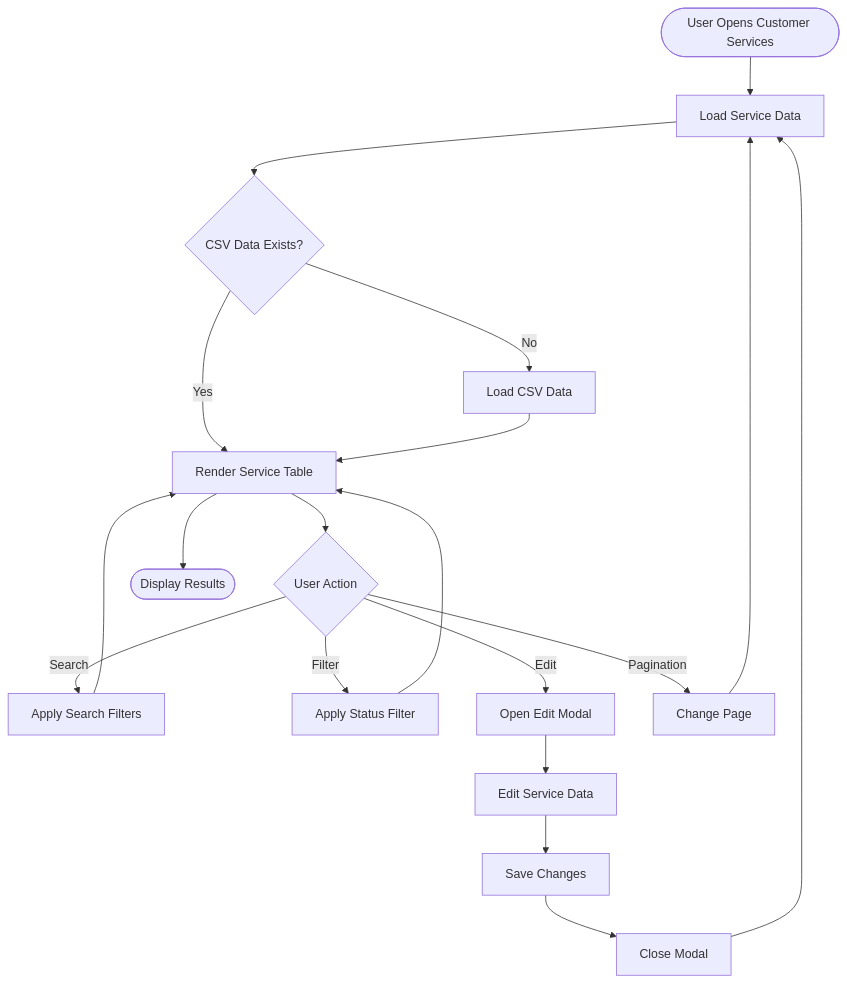
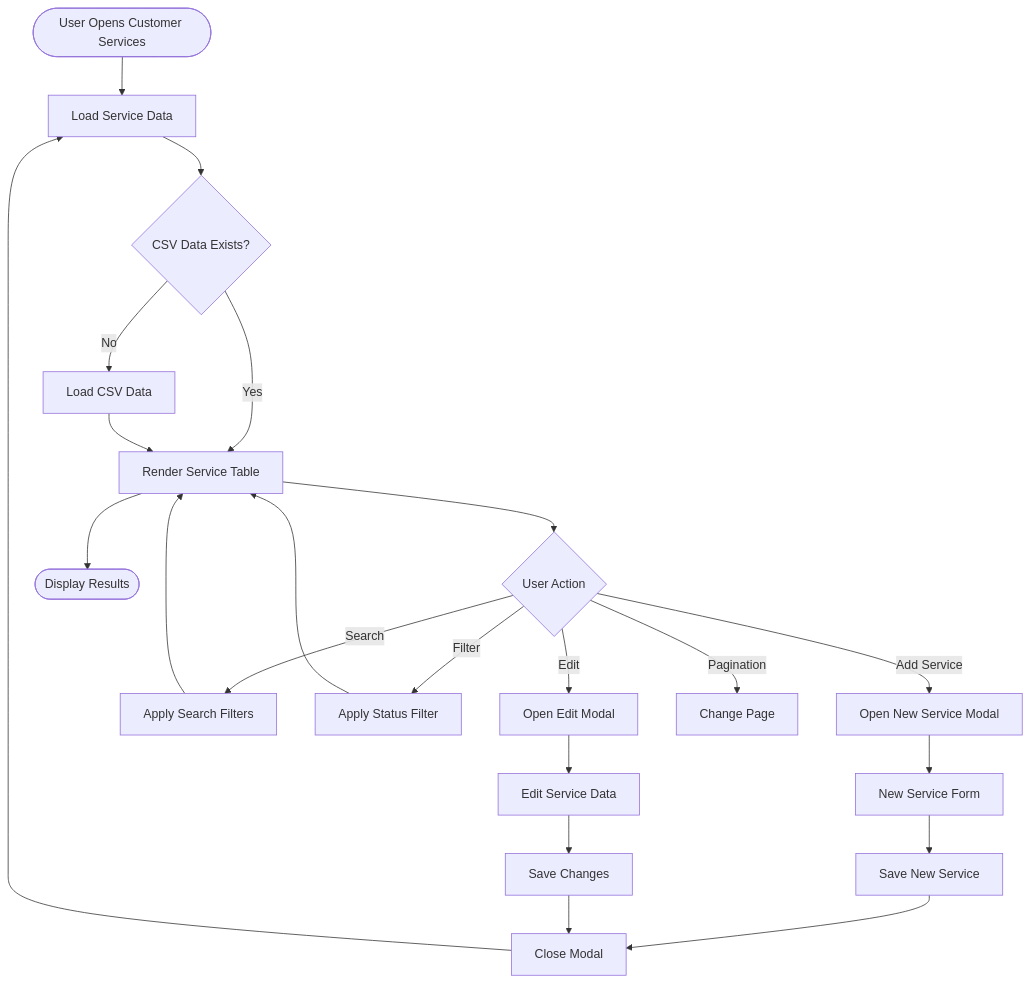
The fifth of 7 diagrams in .qoder/repowiki/en/content/Customer Services Enhancement.md (Nikita5543/New-SSO-02), drawn with Mermaid before and after one commit. The commit also changed other lines of this file and 3 other files, not shown here.

````diff
--- a/.qoder/repowiki/en/content/Customer Services Enhancement.md
+++ b/.qoder/repowiki/en/content/Customer Services Enhancement.md
@@ -295,21 +321,24 @@
 ```mermaid
 flowchart TD
 Start([User Opens Customer Services]) --> LoadData[Load Service Data]
 LoadData --> CheckCSV{CSV Data Exists?}
 CheckCSV --> |No| LoadCSV[Load CSV Data]
 CheckCSV --> |Yes| RenderTable[Render Service Table]
 LoadCSV --> RenderTable
 RenderTable --> UserAction{User Action}
+UserAction --> |Add Service| OpenNewModal[Open New Service Modal]
 UserAction --> |Search| ApplyFilters[Apply Search Filters]
 UserAction --> |Filter| ApplyStatus[Apply Status Filter]
-UserAction --> |Edit| OpenModal[Open Edit Modal]
+UserAction --> |Edit| OpenEditModal[Open Edit Modal]
 UserAction --> |Pagination| ChangePage[Change Page]
+OpenNewModal --> NewServiceForm[New Service Form]
+OpenEditModal --> EditService[Edit Service Data]
 ApplyFilters --> RenderTable
 ApplyStatus --> RenderTable
-OpenModal --> EditService[Edit Service Data]
-ChangePage --> LoadData
+NewServiceForm --> SaveNewService[Save New Service]
 EditService --> SaveChanges[Save Changes]
-SaveChanges --> CloseModal[Close Modal]
+SaveNewService --> CloseModal[Close Modal]
+SaveChanges --> CloseModal
 CloseModal --> LoadData
 RenderTable --> End([Display Results])
 ```
````
